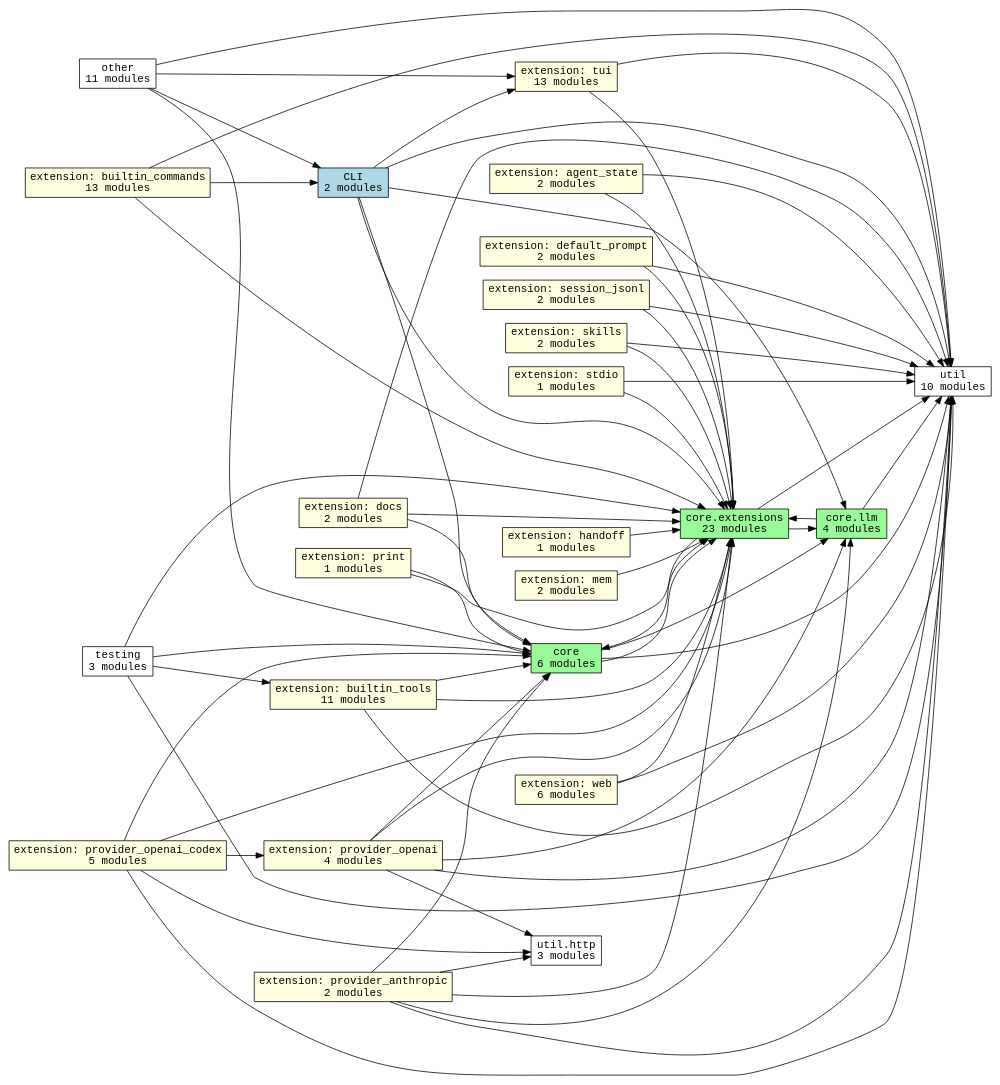
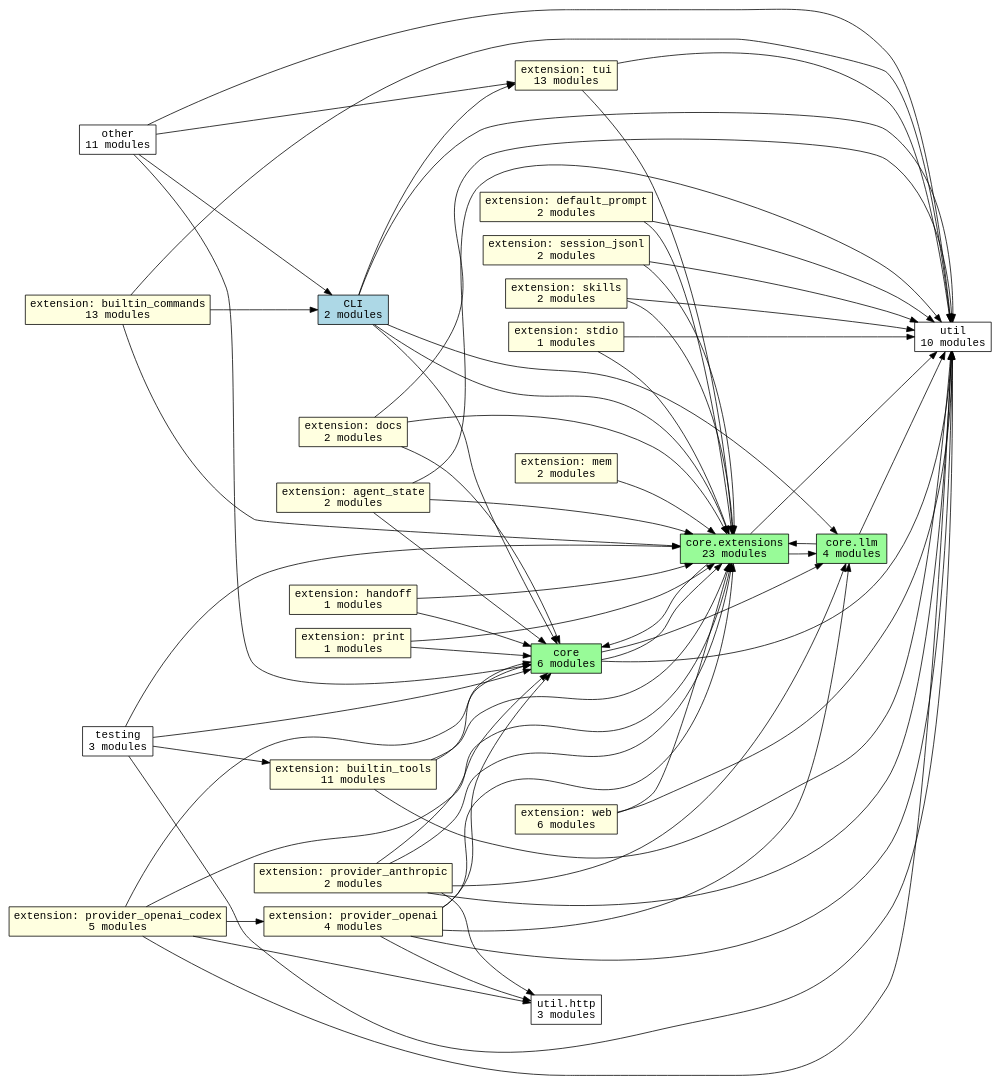
One commit to acmiyaguchi/fen changed the diagram in docs/generated/graphs/subsystems.dot. Above: the diagram before and after it, drawn with Graphviz. The commit also changed 31 other files, not shown here.

```diff
--- a/docs/generated/graphs/subsystems.dot
+++ b/docs/generated/graphs/subsystems.dot
@@ -1,92 +1,94 @@
 digraph fen_subsystems {
   graph [rankdir=LR];
   node [shape=box, fontname="monospace"];
   edge [fontname="monospace"];
   "cli" [fillcolor="lightblue", label="CLI\n2 modules", style="filled"];
   "core" [fillcolor="palegreen", label="core\n6 modules", style="filled"];
   "core.extensions" [fillcolor="palegreen", label="core.extensions\n23 modules", style="filled"];
   "core.llm" [fillcolor="palegreen", label="core.llm\n4 modules", style="filled"];
   "extension.agent_state" [fillcolor="lightyellow", label="extension: agent_state\n2 modules", style="filled"];
   "extension.builtin_commands" [fillcolor="lightyellow", label="extension: builtin_commands\n13 modules", style="filled"];
   "extension.builtin_tools" [fillcolor="lightyellow", label="extension: builtin_tools\n11 modules", style="filled"];
   "extension.default_prompt" [fillcolor="lightyellow", label="extension: default_prompt\n2 modules", style="filled"];
   "extension.docs" [fillcolor="lightyellow", label="extension: docs\n2 modules", style="filled"];
   "extension.handoff" [fillcolor="lightyellow", label="extension: handoff\n1 modules", style="filled"];
   "extension.mem" [fillcolor="lightyellow", label="extension: mem\n2 modules", style="filled"];
   "extension.print" [fillcolor="lightyellow", label="extension: print\n1 modules", style="filled"];
   "extension.provider_anthropic" [fillcolor="lightyellow", label="extension: provider_anthropic\n2 modules", style="filled"];
   "extension.provider_openai" [fillcolor="lightyellow", label="extension: provider_openai\n4 modules", style="filled"];
   "extension.provider_openai_codex" [fillcolor="lightyellow", label="extension: provider_openai_codex\n5 modules", style="filled"];
   "extension.session_jsonl" [fillcolor="lightyellow", label="extension: session_jsonl\n2 modules", style="filled"];
   "extension.skills" [fillcolor="lightyellow", label="extension: skills\n2 modules", style="filled"];
   "extension.stdio" [fillcolor="lightyellow", label="extension: stdio\n1 modules", style="filled"];
   "extension.tui" [fillcolor="lightyellow", label="extension: tui\n13 modules", style="filled"];
   "extension.web" [fillcolor="lightyellow", label="extension: web\n6 modules", style="filled"];
   "other" [fillcolor="white", label="other\n11 modules", style="filled"];
   "testing" [fillcolor="white", label="testing\n3 modules", style="filled"];
   "util" [fillcolor="white", label="util\n10 modules", style="filled"];
   "util.http" [fillcolor="white", label="util.http\n3 modules", style="filled"];
   "cli" -> "core";
   "cli" -> "core.extensions";
   "cli" -> "core.llm";
   "cli" -> "extension.tui";
   "cli" -> "util";
   "core" -> "core.extensions";
   "core" -> "core.llm";
   "core" -> "util";
   "core.extensions" -> "core";
   "core.extensions" -> "core.llm";
   "core.extensions" -> "util";
   "core.llm" -> "core.extensions";
   "core.llm" -> "util";
+  "extension.agent_state" -> "core";
   "extension.agent_state" -> "core.extensions";
   "extension.agent_state" -> "util";
   "extension.builtin_commands" -> "cli";
   "extension.builtin_commands" -> "core.extensions";
   "extension.builtin_commands" -> "util";
   "extension.builtin_tools" -> "core";
   "extension.builtin_tools" -> "core.extensions";
   "extension.builtin_tools" -> "util";
   "extension.default_prompt" -> "core.extensions";
   "extension.default_prompt" -> "util";
   "extension.docs" -> "core";
   "extension.docs" -> "core.extensions";
   "extension.docs" -> "util";
+  "extension.handoff" -> "core";
   "extension.handoff" -> "core.extensions";
   "extension.mem" -> "core.extensions";
   "extension.print" -> "core";
   "extension.print" -> "core.extensions";
   "extension.provider_anthropic" -> "core";
   "extension.provider_anthropic" -> "core.extensions";
   "extension.provider_anthropic" -> "core.llm";
   "extension.provider_anthropic" -> "util";
   "extension.provider_anthropic" -> "util.http";
   "extension.provider_openai" -> "core";
   "extension.provider_openai" -> "core.extensions";
   "extension.provider_openai" -> "core.llm";
   "extension.provider_openai" -> "util";
   "extension.provider_openai" -> "util.http";
   "extension.provider_openai_codex" -> "core";
   "extension.provider_openai_codex" -> "core.extensions";
   "extension.provider_openai_codex" -> "extension.provider_openai";
   "extension.provider_openai_codex" -> "util";
   "extension.provider_openai_codex" -> "util.http";
   "extension.session_jsonl" -> "core.extensions";
   "extension.session_jsonl" -> "util";
   "extension.skills" -> "core.extensions";
   "extension.skills" -> "util";
   "extension.stdio" -> "core.extensions";
   "extension.stdio" -> "util";
   "extension.tui" -> "core.extensions";
   "extension.tui" -> "util";
   "extension.web" -> "core.extensions";
   "extension.web" -> "util";
   "other" -> "cli";
   "other" -> "core";
   "other" -> "extension.tui";
   "other" -> "util";
   "testing" -> "core";
   "testing" -> "core.extensions";
   "testing" -> "extension.builtin_tools";
   "testing" -> "util";
 }
```
